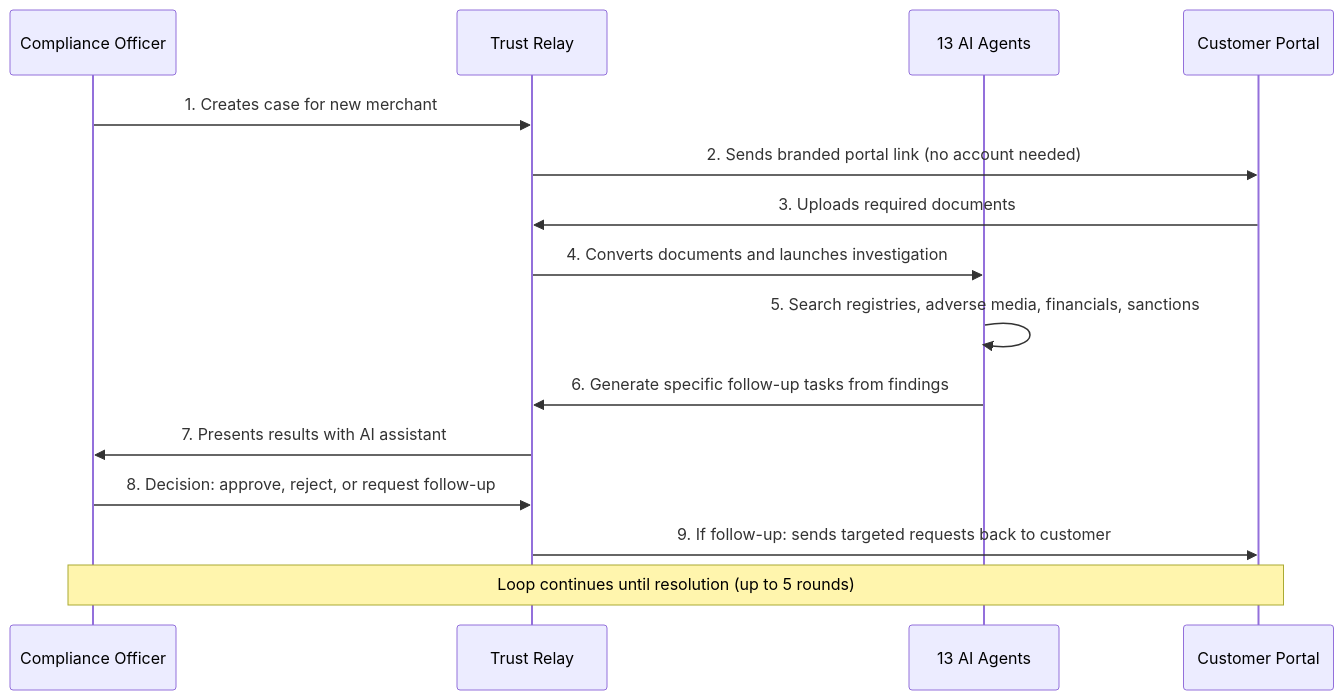
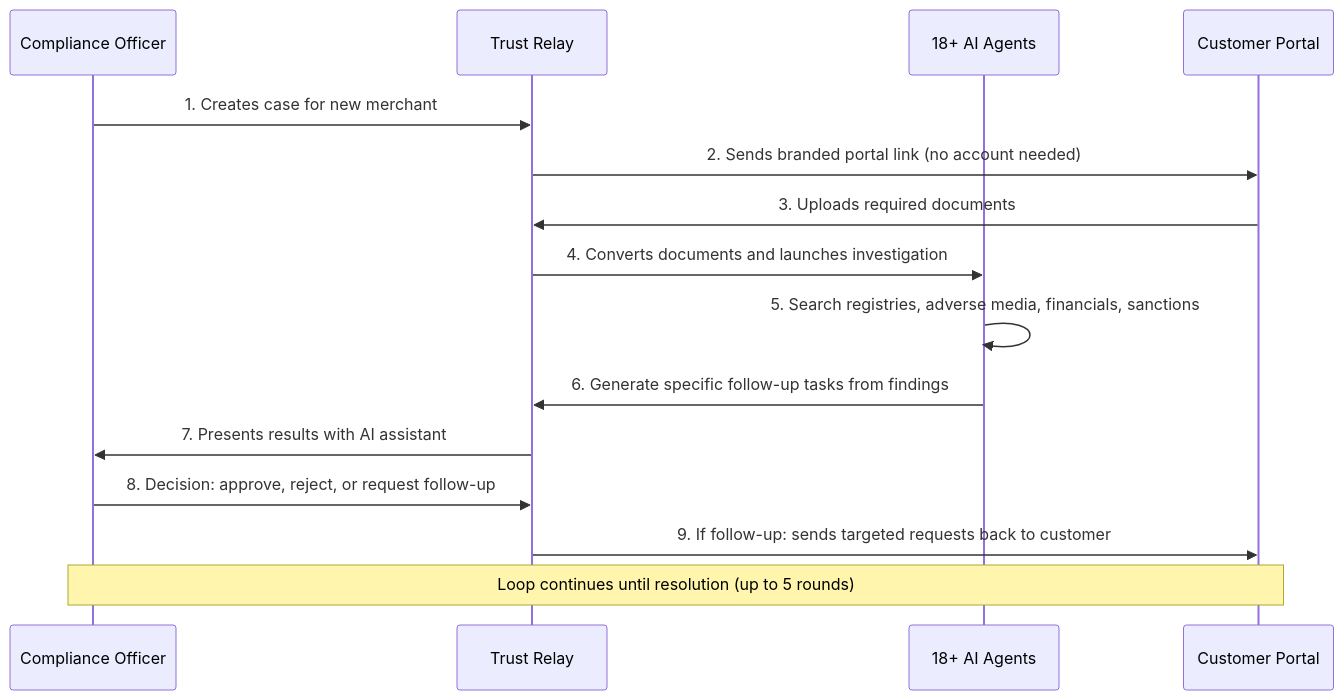
The diagram in docs/product-overview.md (Tsunami-max/trust-relay-docs), drawn with Mermaid before and after one commit. The commit also changed other lines of this file and 46 other files, not shown here.

First line of the commit message:
docs: complete documentation overhaul — trust lifecycle vision, pillar architecture, regulatory compliance

````diff
--- a/docs/product-overview.md
+++ b/docs/product-overview.md
@@ -31,18 +31,18 @@
 ```mermaid
 sequenceDiagram
     participant Officer as Compliance Officer
     participant System as Trust Relay
-    participant Agents as 13 AI Agents
+    participant Agents as 18+ AI Agents
     participant Customer as Customer Portal
 
     Officer->>System: 1. Creates case for new merchant
     System->>Customer: 2. Sends branded portal link (no account needed)
     Customer->>System: 3. Uploads required documents
     System->>Agents: 4. Converts documents and launches investigation
     Agents->>Agents: 5. Search registries, adverse media, financials, sanctions
     Agents->>System: 6. Generate specific follow-up tasks from findings
     System->>Officer: 7. Presents results with AI assistant
     Officer->>System: 8. Decision: approve, reject, or request follow-up
     System->>Customer: 9. If follow-up: sends targeted requests back to customer
     Note over Officer,Customer: Loop continues until resolution (up to 5 rounds)
 ```
````
